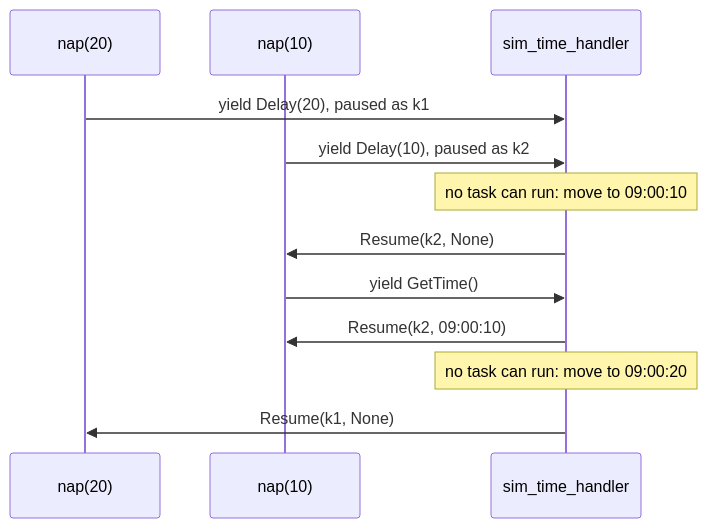
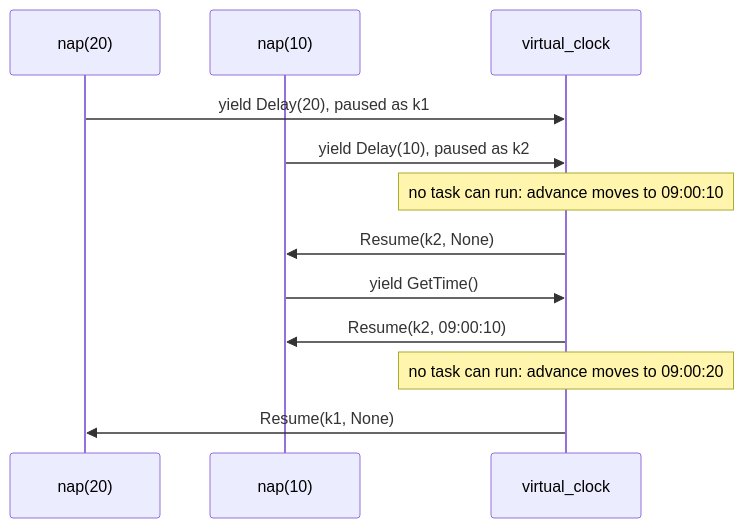
Before and after one commit to proboscis/doeff: the diagram in docs/articles/time-as-an-effect.md, drawn with Mermaid. The commit also changed other lines of this file and 7 other files, not shown here.

First line of the commit message:
Article 3: run every example with doeff alone, without doeff-time

````diff
--- a/docs/articles/time-as-an-effect.md
+++ b/docs/articles/time-as-an-effect.md
@@ -121,14 +180,14 @@
 ```mermaid
 sequenceDiagram
     participant slow as nap(20)
     participant fast as nap(10)
-    participant clock as sim_time_handler
+    participant clock as virtual_clock
     slow->>clock: yield Delay(20), paused as k1
     fast->>clock: yield Delay(10), paused as k2
-    Note over clock: no task can run: move to 09:00:10
+    Note over clock: no task can run: advance moves to 09:00:10
     clock->>fast: Resume(k2, None)
     fast->>clock: yield GetTime()
     clock->>fast: Resume(k2, 09:00:10)
-    Note over clock: no task can run: move to 09:00:20
+    Note over clock: no task can run: advance moves to 09:00:20
     clock->>slow: Resume(k1, None)
 ```
````
